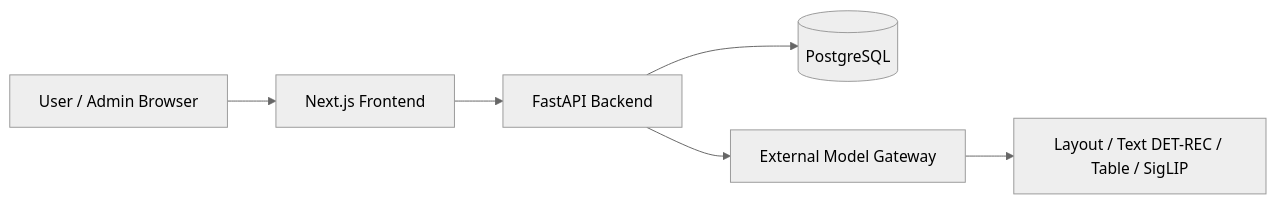
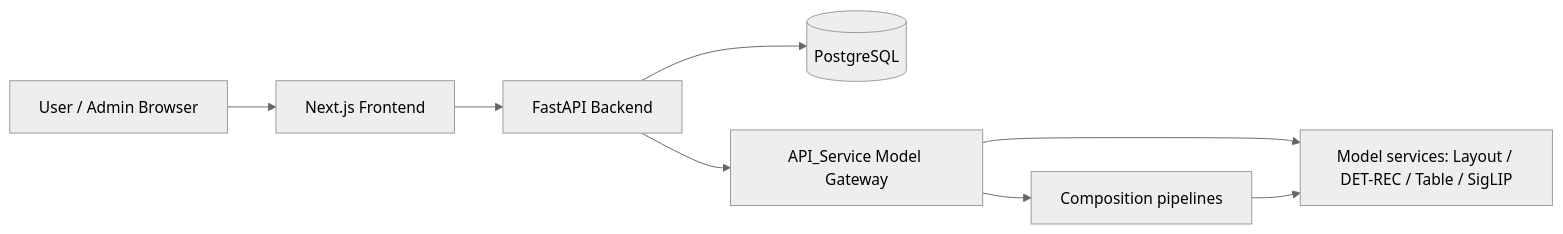
The first of 2 diagrams in docs/developer_handover/01_SYSTEM_OVERVIEW.md (MintChananchida13/COOP_Project4_V2), drawn with Mermaid (neutral theme) before and after one commit. The commit also changed other lines of this file and 9 other files, not shown here.

Commit message:
docs: update developer handover and SigLIP integration notes

````diff
--- a/docs/developer_handover/01_SYSTEM_OVERVIEW.md
+++ b/docs/developer_handover/01_SYSTEM_OVERVIEW.md
@@ -13,8 +13,10 @@
 ```mermaid
 flowchart LR
     U["User / Admin Browser"] --> F["Next.js Frontend"]
     F --> B["FastAPI Backend"]
     B --> D[("PostgreSQL")]
-    B --> G["External Model Gateway"]
-    G --> M["Layout / Text DET-REC / Table / SigLIP"]
+    B --> G["API_Service Model Gateway"]
+    G --> P["Composition pipelines"]
+    G --> M["Model services: Layout / DET-REC / Table / SigLIP"]
+    P --> M
 ```
````
